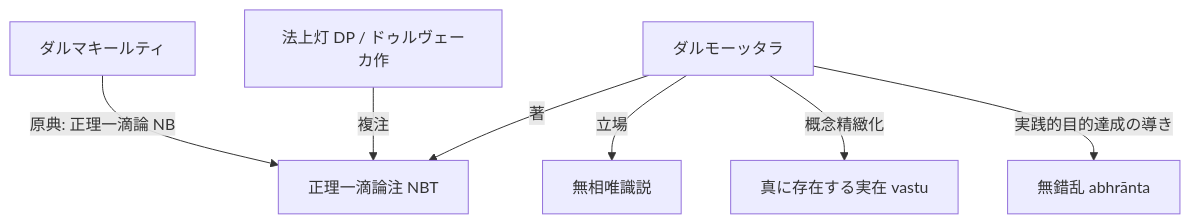
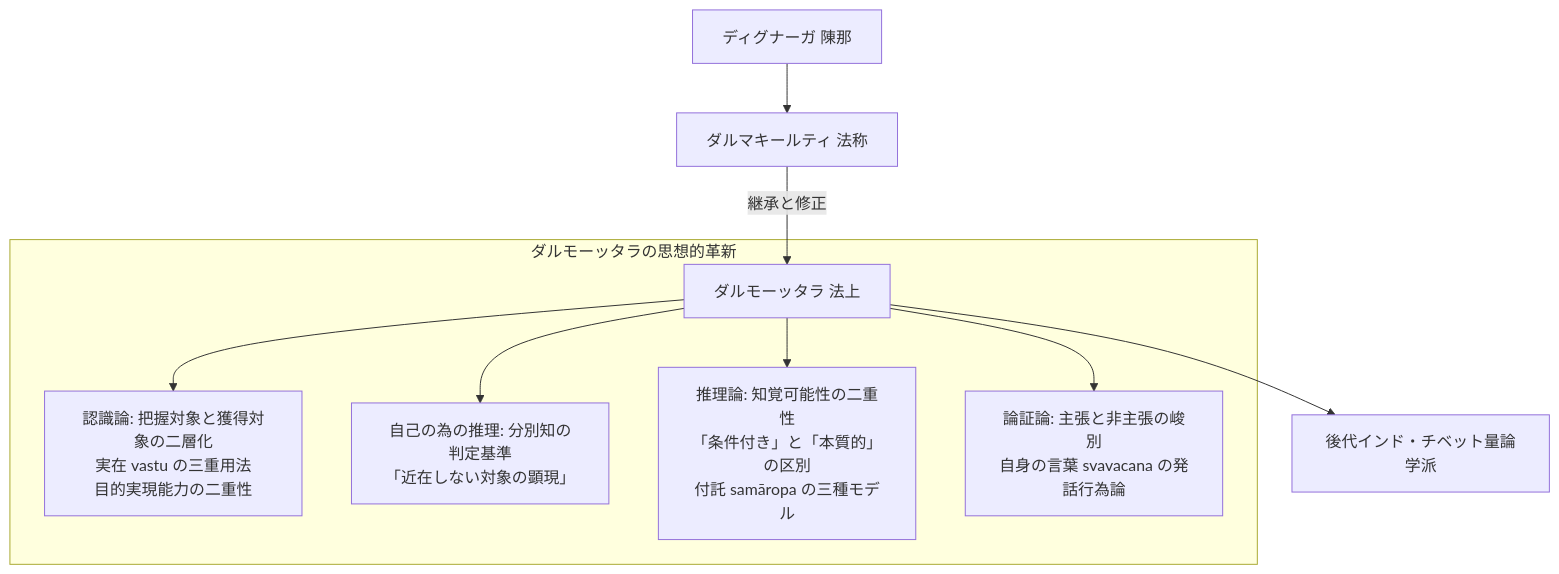
The diagram in content/ja/ダルモーッタラ (Dharmottara).md (NeMiao-95/buddhist-logic-wiki), drawn with Mermaid before and after one commit. The commit also changed other lines of this file and 2 other files, not shown here.

Commit message:
feat: complete dissertation ingestion (samāropa 3 models & Dharmottara synthetic profile)

````diff
--- a/content/ja/ダルモーッタラ (Dharmottara).md
+++ b/content/ja/ダルモーッタラ (Dharmottara).md
@@ -29,9 +14,22 @@
 ```mermaid
 flowchart TD
-    Dharmakirti[ダルマキールティ] -->|原典: 正理一滴論 NB| NBT[正理一滴論注 NBT]
-    Dharmottara[ダルモーッタラ] -->|著| NBT
-    DP[法上灯 DP / ドゥルヴェーカ作] -->|複注| NBT
-    Dharmottara -->|立場| Muso[無相唯識説]
-    Dharmottara -->|概念精緻化| Vastu[真に存在する実在 vastu]
-    Dharmottara -->|実践的目的達成の導き| Abhranta[無錯乱 abhrānta]
+    Dignaga[ディグナーガ 陳那]
+    --> Dharmakirti[ダルマキールティ 法称]
+    
+    Dharmakirti -->|継承と修正| Dharmottara[ダルモーッタラ 法上]
+    
+    subgraph Innovations[ダルモーッタラの思想的革新]
+        Dharmottara --> Epistemology[認識論: 把握対象と獲得対象の二層化
+実在 vastu の三重用法
+目的実現能力の二重性]
+        Dharmottara --> Inference[自己の為の推理: 分別知の判定基準
+「近在しない対象の顕現」]
+        Dharmottara --> Anupalabdhi[推理論: 知覚可能性の二重性
+「条件付き」と「本質的」の区別
+付託 samāropa の三種モデル]
+        Dharmottara --> Debate[論証論: 主張と非主張の峻別
+自身の言葉 svavacana の発話行為論]
+    end
+    
+    Dharmottara --> LaterThinkers[後代インド・チベット量論学派]
 ```
````
